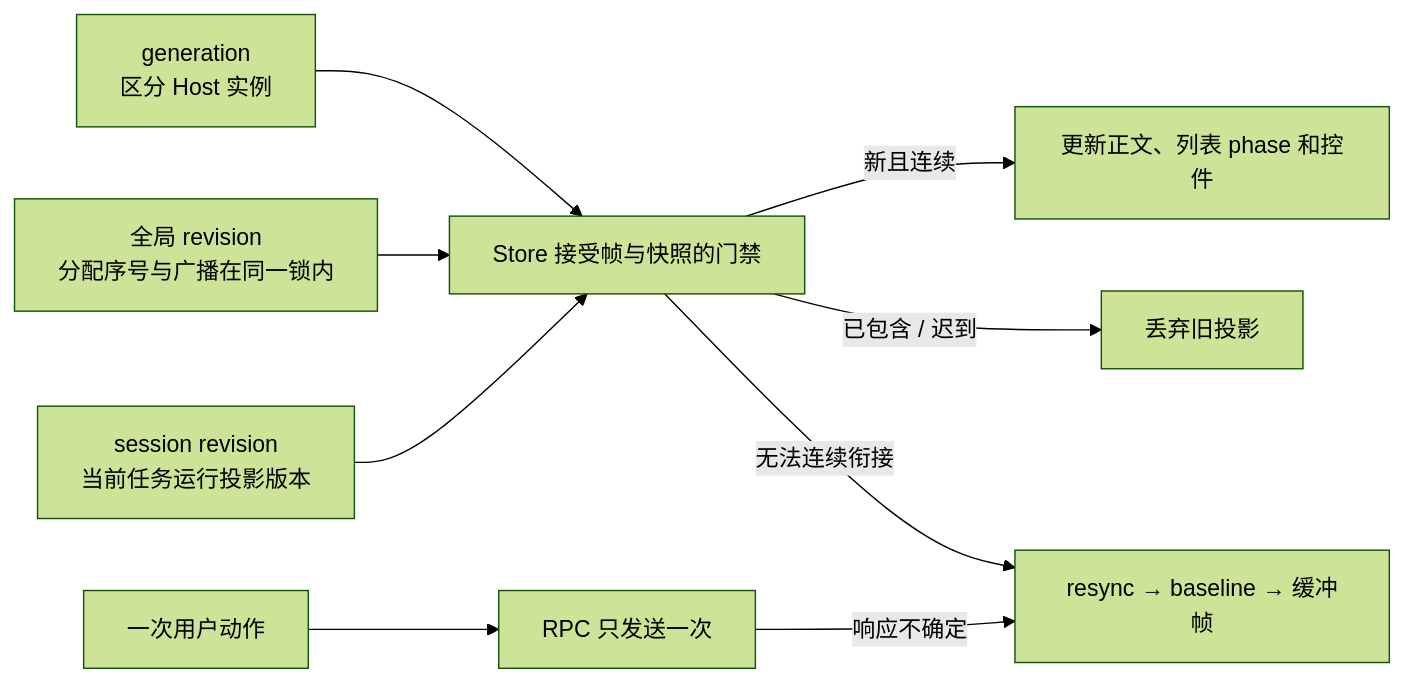
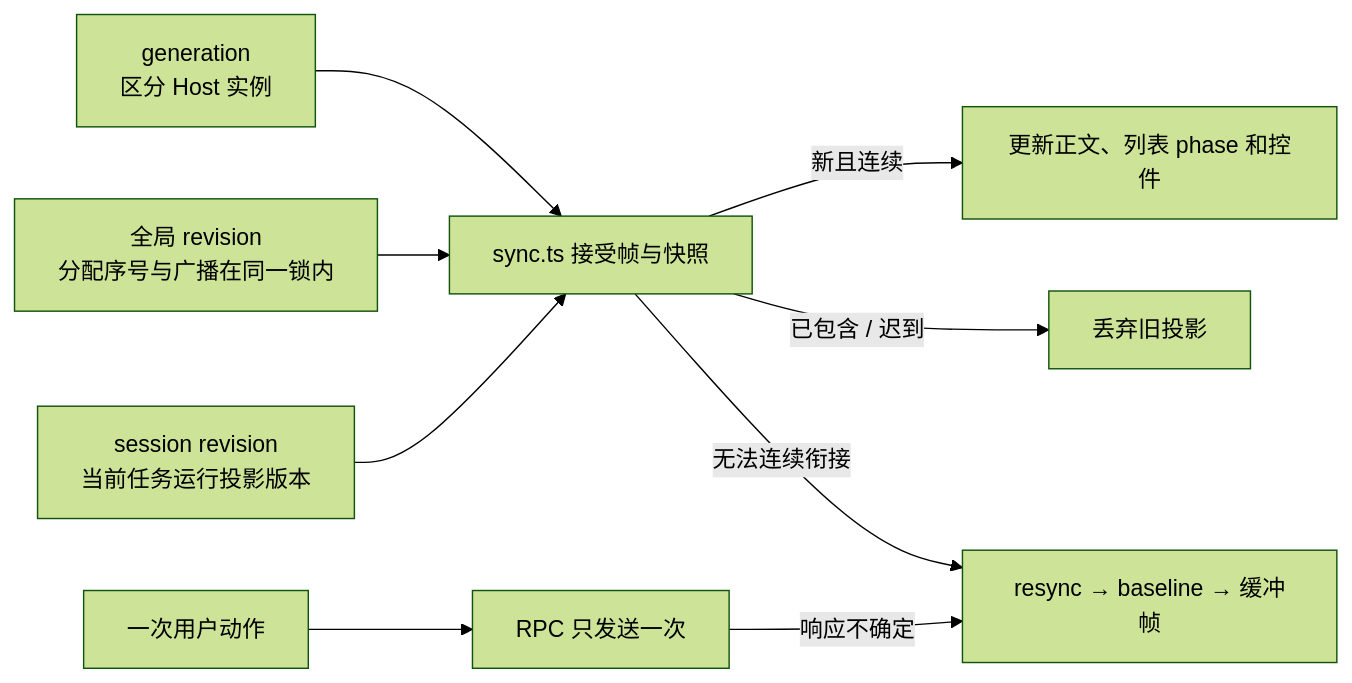
One commit to qjcnmd/singularity-agent changed diagram 11 of 29 in docs/singularity.md. Above: the diagram before and after it, drawn with Mermaid (forest theme). The commit also changed other lines of this file and 71 other files, not shown here.

````diff
--- a/docs/singularity.md
+++ b/docs/singularity.md
@@ -290,11 +293,11 @@
 ```mermaid
 flowchart LR
-    Generation["generation<br/>区分 Host 实例"] --> Gate["Store 接受帧与快照的门禁"]
+    Generation["generation<br/>区分 Host 实例"] --> Gate["sync.ts 接受帧与快照"]
     Global["全局 revision<br/>分配序号与广播在同一锁内"] --> Gate
     SessionRevision["session revision<br/>当前任务运行投影版本"] --> Gate
     Gate -->|"新且连续"| Apply["更新正文、列表 phase 和控件"]
     Gate -->|"已包含 / 迟到"| Ignore["丢弃旧投影"]
     Gate -->|"无法连续衔接"| Resync["resync → baseline → 缓冲帧"]
     Mutation["一次用户动作"] --> Once["RPC 只发送一次"]
     Once -->|"响应不确定"| Resync
 ```
````
